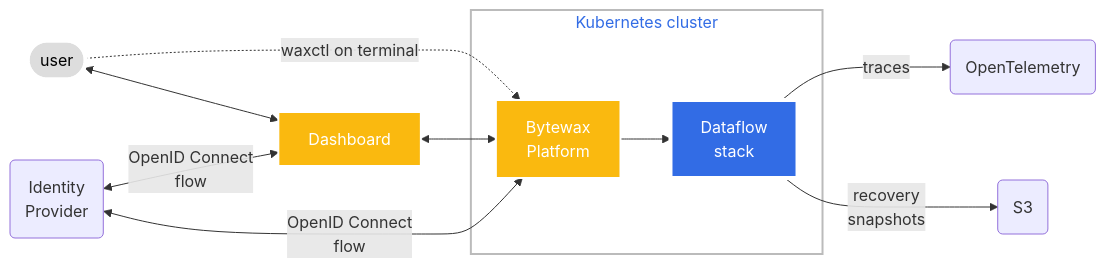
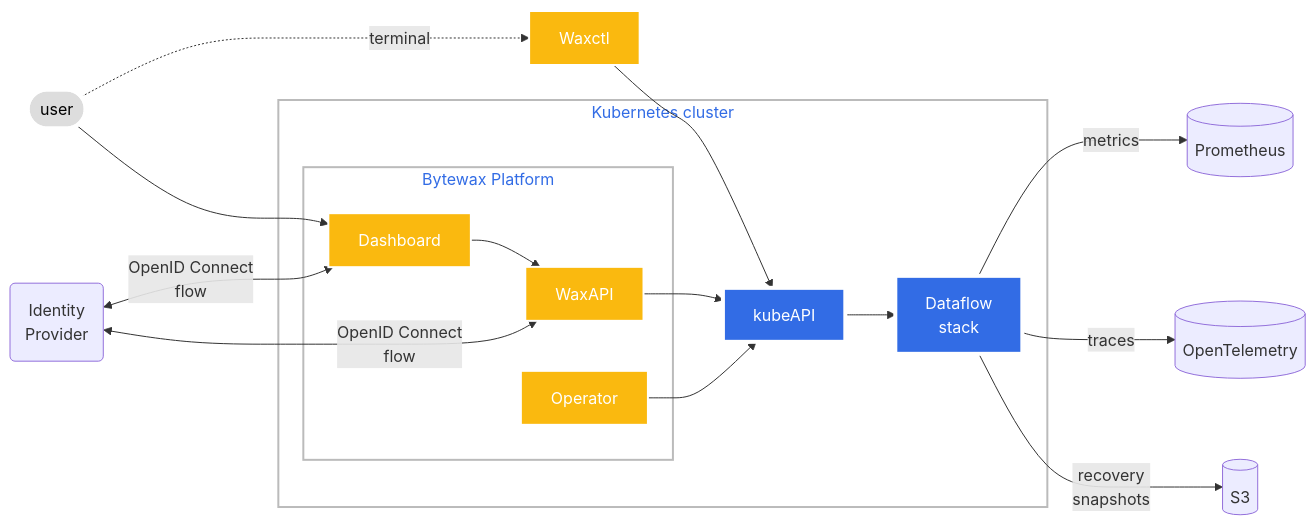
One commit to bytewax/platform-docs-content changed the second of 2 diagrams in concepts/architecture.md. Above: the diagram before and after it, drawn with Mermaid. The commit also changed other lines of this file and 2 other files, not shown here.

Commit message:
Updating overview and architecture diagrams

````diff
--- a/concepts/architecture.md
+++ b/concepts/architecture.md
@@ -39,21 +39,34 @@
 ```mermaid
 graph LR;
-  client([user])-.waxctl on terminal.->service[Bytewax<br>Platform];
-  client <--> Dashboard
-  Dashboard <--> service
+  client([user])
+  waxctl[Waxctl]
+  client-.terminal.->waxctl;
+  waxctl --> k8sapi;
+  client --> dashboard
+  dashboard --> service
   idp(Identity<br>Provider) <--> |OpenID Connect<br>flow|service;
-  idp <--> |OpenID Connect<br>flow|Dashboard
-  pod1 --> |traces|otel(OpenTelemetry);
-  pod1 --> |recovery<br>snapshots|bucket(S3);
+  idp <--> |OpenID Connect<br>flow|dashboard
+  pod1 --> |metrics|prom[(Prometheus)];
+  pod1 --> |traces|otel[(OpenTelemetry)];
+  pod1 --> |recovery<br>snapshots|bucket[(S3)];
   subgraph Kubernetes cluster
-  service-->pod1[Dataflow<br>stack];
+  k8sapi[kubeAPI]
+  pod1[Dataflow<br>stack]
+  subgraph Bytewax Platform
+  operator[Operator]
+  service[WaxAPI]
+  dashboard[Dashboard]
+  end
+  service --> k8sapi
+  operator --> k8sapi
+  k8sapi-->pod1;
   end
   classDef plain fill:#ddd,stroke:#fff,stroke-width:4px,color:#000;
   classDef k8s fill:#326ce5,stroke:#fff,stroke-width:4px,color:#fff;
   classDef cluster fill:#fff,stroke:#bbb,stroke-width:2px,color:#326ce5;
   classDef bw fill:#fab90f,stroke:#fff,stroke-width:2px,color:#fff;
-  class ingress,pod1 k8s;
+  class ingress,pod1,k8sapi k8s;
   class client plain;
   class cluster cluster;
-  class service,Dashboard bw;
+  class service,dashboard,operator,waxctl bw;
 ```
````
